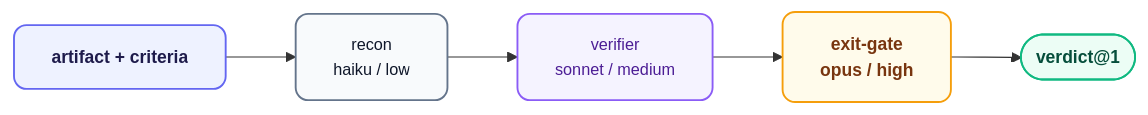
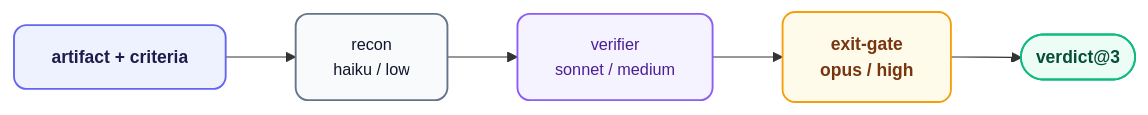
One commit to orin-dx/agent-plugins changed the diagram in plugins/sentinel/README.md. Above: the diagram before and after it, drawn with Mermaid. The commit also changed other lines of this file and 168 other files, not shown here.

````diff
--- a/plugins/sentinel/README.md
+++ b/plugins/sentinel/README.md
@@ -50,23 +50,23 @@
 ```mermaid
 %%{init: {'flowchart': {'curve': 'basis', 'nodeSpacing': 36, 'rankSpacing': 56}}}%%
 flowchart LR
     classDef source fill:#eef2ff,stroke:#6366f1,stroke-width:1.5px,color:#1e1b4b,rx:10,ry:10,font-size:14px,font-weight:600;
     classDef store fill:#f8fafc,stroke:#64748b,stroke-width:1.5px,color:#0f172a,rx:10,ry:10,font-size:13px,font-weight:500;
     classDef engine fill:#f5f3ff,stroke:#8b5cf6,stroke-width:1.5px,color:#4c1d95,rx:10,ry:10,font-size:13px,font-weight:500;
     classDef router fill:#fffbeb,stroke:#f59e0b,stroke-width:1.5px,color:#78350f,rx:10,ry:10,font-size:14px,font-weight:600;
     classDef output fill:#ecfdf5,stroke:#10b981,stroke-width:1.5px,color:#064e3b,rx:10,ry:10,font-size:14px,font-weight:600;
 
     Art[artifact + criteria] --> Recon["recon
     haiku / low"]
     Recon --> Ver["verifier
     sonnet / medium"]
     Ver --> Gate["exit-gate
     opus / high"]
-    Gate --> Done(["verdict@1"])
+    Gate --> Done(["verdict@3"])
 
     class Art source
     class Recon store
     class Ver engine
     class Gate router
     class Done output
 ```
````
